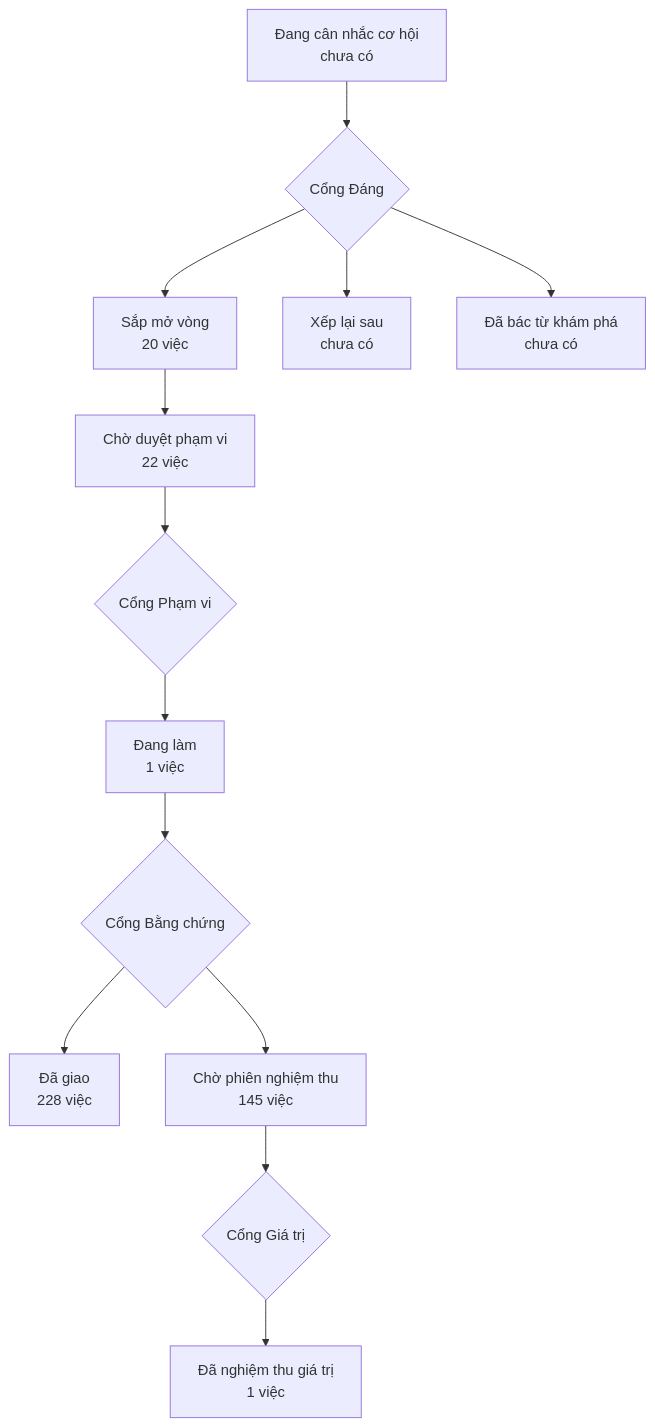
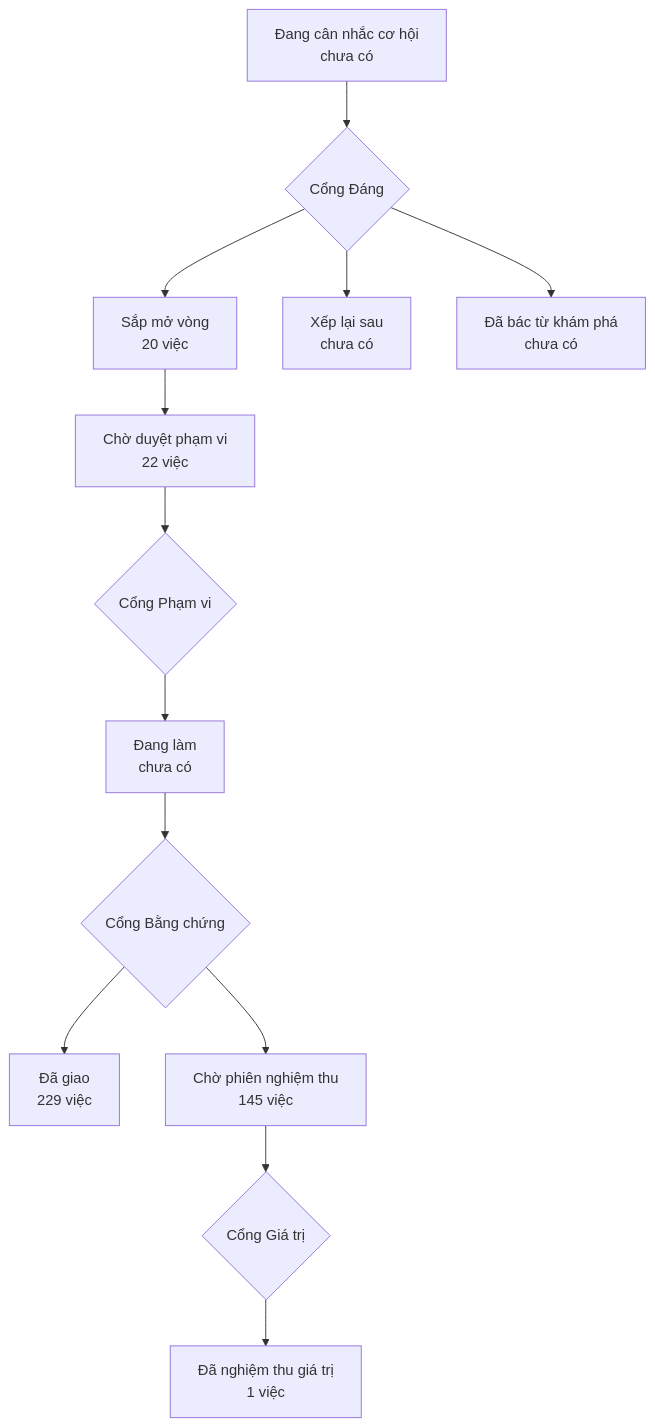
Before and after one commit to phanlemanh/onehub-invest: the diagram in PRODUCT-MAP.md, drawn with Mermaid. The commit also changed other lines of this file and 4 other files, not shown here.

````diff
--- a/PRODUCT-MAP.md
+++ b/PRODUCT-MAP.md
@@ -7,12 +7,12 @@
 ```mermaid
 flowchart TD
   A["Đang cân nhắc cơ hội<br/>chưa có"] --> GD{"Cổng Đáng"}
   GD --> B["Sắp mở vòng<br/>20 việc"]
   GD --> XL["Xếp lại sau<br/>chưa có"]
   GD --> DB["Đã bác từ khám phá<br/>chưa có"]
   B --> CD["Chờ duyệt phạm vi<br/>22 việc"] --> GP{"Cổng Phạm vi"}
-  GP --> DL["Đang làm<br/>1 việc"] --> GB{"Cổng Bằng chứng"}
-  GB --> DG["Đã giao<br/>228 việc"]
+  GP --> DL["Đang làm<br/>chưa có"] --> GB{"Cổng Bằng chứng"}
+  GB --> DG["Đã giao<br/>229 việc"]
   GB --> CN["Chờ phiên nghiệm thu<br/>145 việc"] --> GG{"Cổng Giá trị"}
   GG --> NT["Đã nghiệm thu giá trị<br/>1 việc"]
 ```
````
